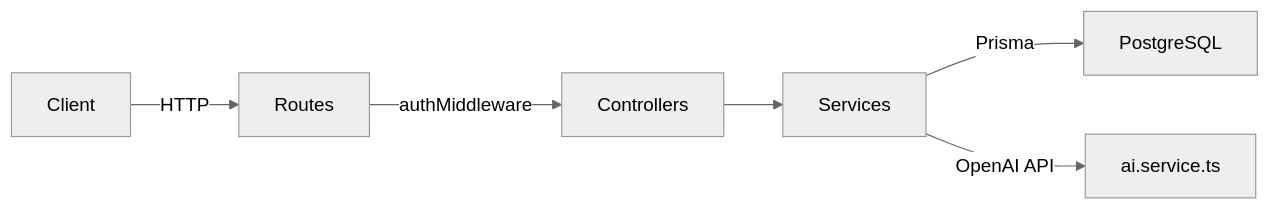
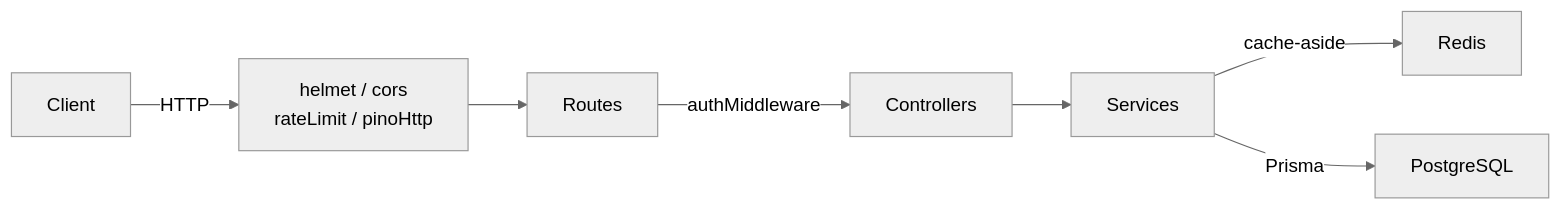
The first of 4 diagrams in docs/architecture.md (lmw1663/devInterview), drawn with Mermaid (neutral theme) before and after one commit. The commit also changed other lines of this file and 27 other files, not shown here.

````diff
--- a/docs/architecture.md
+++ b/docs/architecture.md
@@ -7,8 +9,9 @@
 ```mermaid
 flowchart LR
-    Client -->|HTTP| Routes
+    Client -->|HTTP| MW["helmet / cors\nrateLimit / pinoHttp"]
+    MW --> Routes
     Routes -->|authMiddleware| Controllers
     Controllers --> Services
+    Services -->|cache-aside| Redis
     Services -->|Prisma| PostgreSQL
-    Services -->|OpenAI API| AI["ai.service.ts"]
 ```
````
